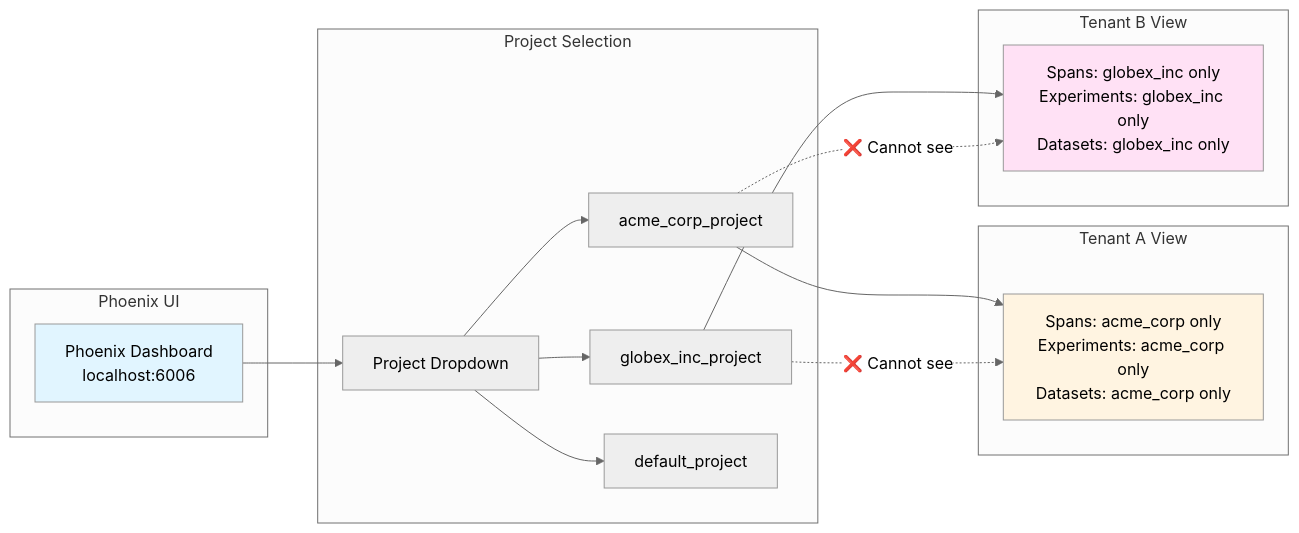
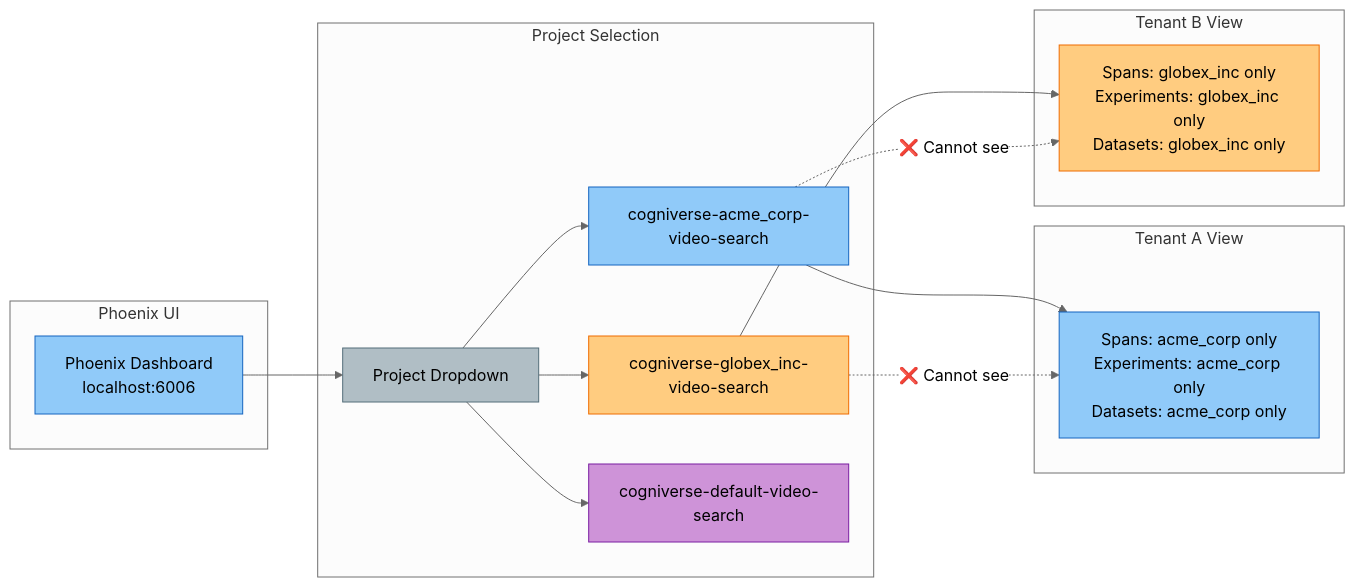
Diagram 12 of 19 in docs/diagrams/multi-tenant-diagrams.md (amit-jain/cogniverse), drawn with Mermaid (neutral theme) before and after one commit. The commit also changed other lines of this file and 83 other files, not shown here.

First line of the commit message:
Fix documentation veracity, formatting, and diagrams across all modules

````diff
--- a/docs/diagrams/multi-tenant-diagrams.md
+++ b/docs/diagrams/multi-tenant-diagrams.md
@@ -476,36 +508,40 @@
 ```mermaid
-graph LR
+flowchart LR
     subgraph "Phoenix UI"
-        Dashboard[Phoenix Dashboard<br/>localhost:6006]
+        Dashboard["<span style='color:#000'>Phoenix Dashboard<br/>localhost:6006</span>"]
     end
 
     subgraph "Project Selection"
-        DropDown[Project Dropdown]
-        ProjectA[acme_corp_project]
-        ProjectB[globex_inc_project]
-        ProjectC[default_project]
+        DropDown["<span style='color:#000'>Project Dropdown</span>"]
+        ProjectA["<span style='color:#000'>cogniverse-acme_corp-video-search</span>"]
+        ProjectB["<span style='color:#000'>cogniverse-globex_inc-video-search</span>"]
+        ProjectC["<span style='color:#000'>cogniverse-default-video-search</span>"]
     end
 
     subgraph "Tenant A View"
-        ViewA[Spans: acme_corp only<br/>Experiments: acme_corp only<br/>Datasets: acme_corp only]
+        ViewA["<span style='color:#000'>Spans: acme_corp only<br/>Experiments: acme_corp only<br/>Datasets: acme_corp only</span>"]
     end
 
     subgraph "Tenant B View"
-        ViewB[Spans: globex_inc only<br/>Experiments: globex_inc only<br/>Datasets: globex_inc only]
+        ViewB["<span style='color:#000'>Spans: globex_inc only<br/>Experiments: globex_inc only<br/>Datasets: globex_inc only</span>"]
     end
 
     Dashboard --> DropDown
     DropDown --> ProjectA
     DropDown --> ProjectB
     DropDown --> ProjectC
 
     ProjectA --> ViewA
     ProjectB --> ViewB
 
     ProjectA -.->|❌ Cannot see| ViewB
     ProjectB -.->|❌ Cannot see| ViewA
 
-    style Dashboard fill:#e1f5ff
-    style ViewA fill:#fff4e1
-    style ViewB fill:#ffe1f5
+    style Dashboard fill:#90caf9,stroke:#1565c0,color:#000
+    style DropDown fill:#b0bec5,stroke:#546e7a,color:#000
+    style ProjectA fill:#90caf9,stroke:#1565c0,color:#000
+    style ProjectB fill:#ffcc80,stroke:#ef6c00,color:#000
+    style ProjectC fill:#ce93d8,stroke:#7b1fa2,color:#000
+    style ViewA fill:#90caf9,stroke:#1565c0,color:#000
+    style ViewB fill:#ffcc80,stroke:#ef6c00,color:#000
 ```
````
